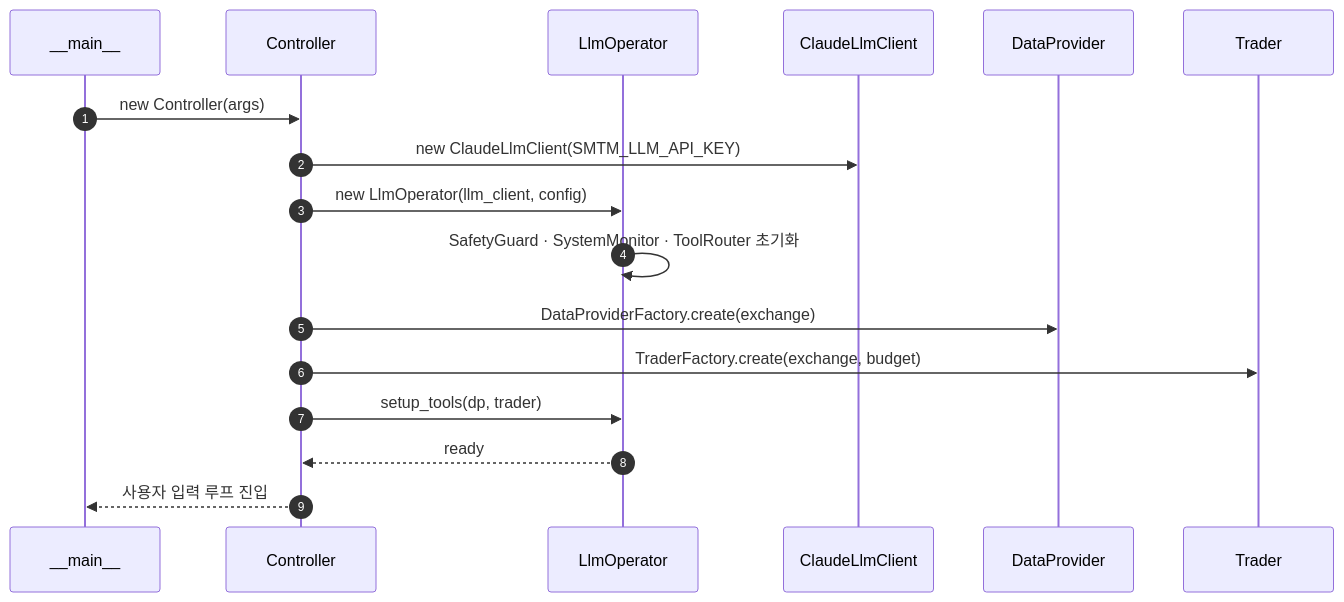
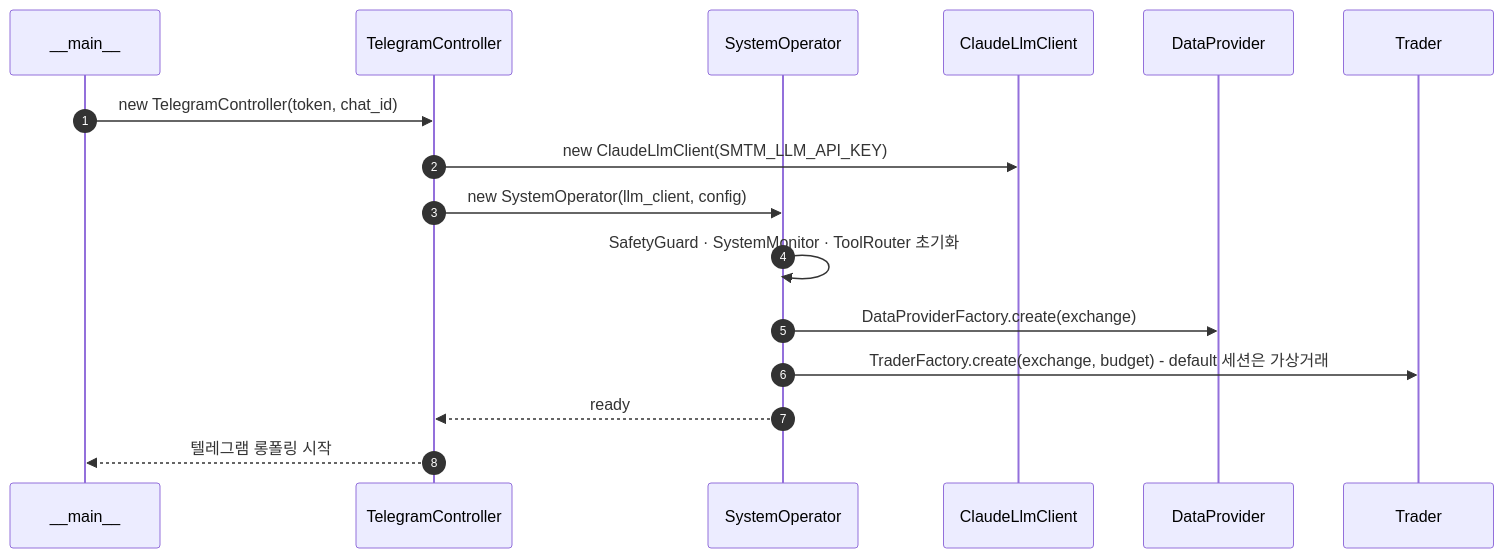
The second of 4 diagrams in docs/public/architecture.md (msaltnet/smtm), drawn with Mermaid before and after one commit. The commit also changed other lines of this file and 9 other files, not shown here.

Commit message:
[docs] document telegram-only control and paper-trading default

````diff
--- a/docs/public/architecture.md
+++ b/docs/public/architecture.md
@@ -152,20 +152,19 @@
 ```mermaid
 sequenceDiagram
     autonumber
     participant M as __main__
-    participant C as Controller
-    participant O as LlmOperator
+    participant C as TelegramController
+    participant O as SystemOperator
     participant L as ClaudeLlmClient
     participant DP as DataProvider
     participant TR as Trader
 
-    M->>C: new Controller(args)
+    M->>C: new TelegramController(token, chat_id)
     C->>L: new ClaudeLlmClient(SMTM_LLM_API_KEY)
-    C->>O: new LlmOperator(llm_client, config)
+    C->>O: new SystemOperator(llm_client, config)
     O->>O: SafetyGuard · SystemMonitor · ToolRouter 초기화
-    C->>DP: DataProviderFactory.create(exchange)
-    C->>TR: TraderFactory.create(exchange, budget)
-    C->>O: setup_tools(dp, trader)
+    O->>DP: DataProviderFactory.create(exchange)
+    O->>TR: TraderFactory.create(exchange, budget) - default 세션은 가상거래
     O-->>C: ready
-    C-->>M: 사용자 입력 루프 진입
+    C-->>M: 텔레그램 롱폴링 시작
 ```
````
